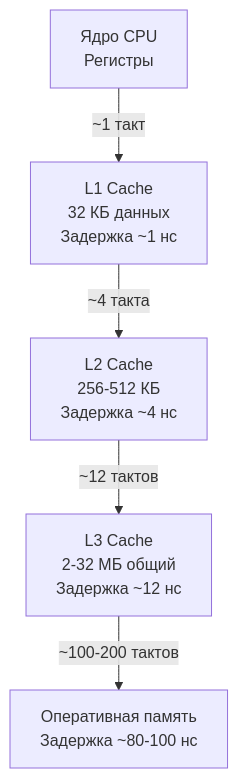
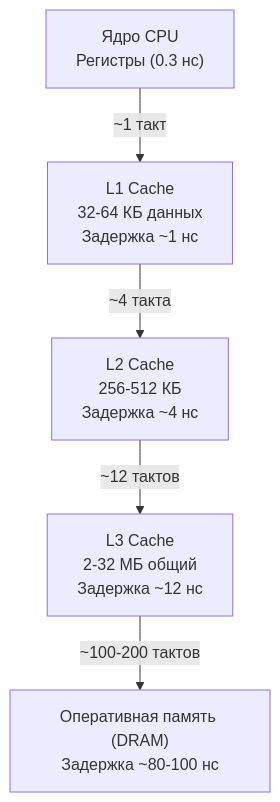
The diagram in sources/16. Профилирование, отладка и производительность/03. CPU profiling/8. Cache friendliness.md (UnrealTemplier/go-textbook), drawn with Mermaid before and after one commit. The commit also changed other lines of this file, not shown here.

Commit message:
feat(module-16): editorial rewrite of lecture 8 (Cache friendliness) in Subsection 03 in Kernighan style

````diff
--- a/sources/16. Профилирование, отладка и производительность/03. CPU profiling/8. Cache friendliness.md
+++ b/sources/16. Профилирование, отладка и производительность/03. CPU profiling/8. Cache friendliness.md
@@ -13,7 +33,7 @@
 ```mermaid
 flowchart TD
-    CPU["Ядро CPU<br>Регистры"] -->|"~1 такт"| L1["L1 Cache<br>32 КБ данных<br>Задержка ~1 нс"]
+    CPU["Ядро CPU<br>Регистры (0.3 нс)"] -->|"~1 такт"| L1["L1 Cache<br>32-64 КБ данных<br>Задержка ~1 нс"]
     L1 -->|"~4 такта"| L2["L2 Cache<br>256-512 КБ<br>Задержка ~4 нс"]
     L2 -->|"~12 тактов"| L3["L3 Cache<br>2-32 МБ общий<br>Задержка ~12 нс"]
-    L3 -->|"~100-200 тактов"| RAM["Оперативная память<br>Задержка ~80-100 нс"]
+    L3 -->|"~100-200 тактов"| RAM["Оперативная память (DRAM)<br>Задержка ~80-100 нс"]
 ```
````
